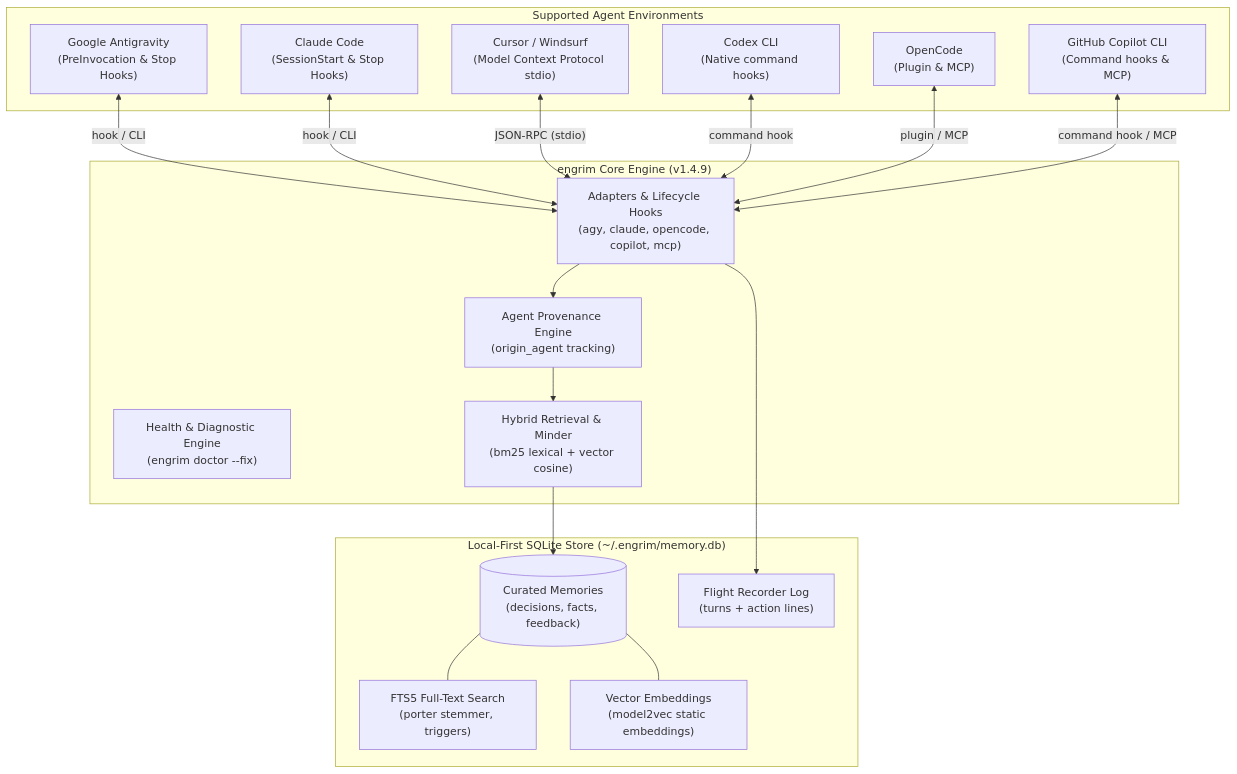
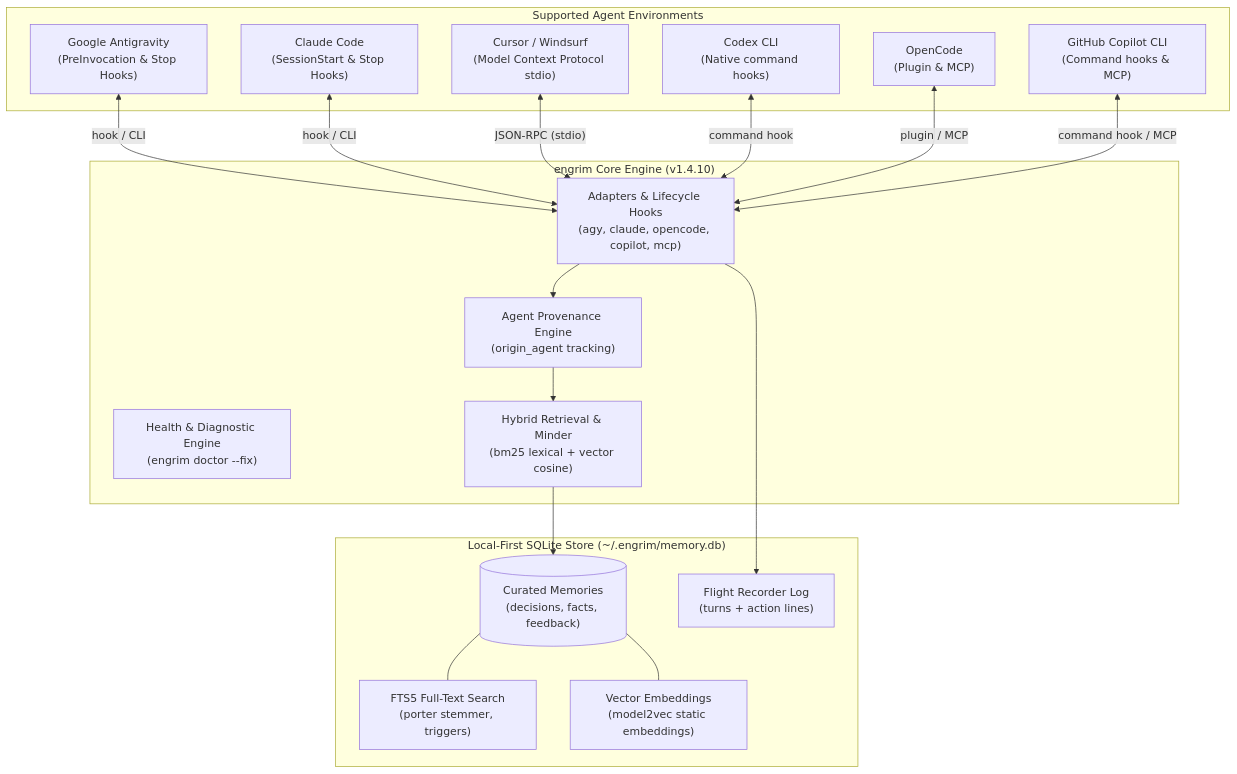
The diagram in README.md (HinchK/engrim), drawn with Mermaid before and after one commit. The commit also changed 6 other files, not shown here.

````diff
--- a/README.md
+++ b/README.md
@@ -39,38 +39,38 @@
 ```mermaid
 graph TD
     subgraph Agents ["Supported Agent Environments"]
         AGY["Google Antigravity<br/>(PreInvocation & Stop Hooks)"]
         CLAUDE["Claude Code<br/>(SessionStart & Stop Hooks)"]
         CURSOR["Cursor / Windsurf<br/>(Model Context Protocol stdio)"]
         CODEX["Codex CLI<br/>(Native command hooks)"]
         OPENCODE["OpenCode<br/>(Plugin & MCP)"]
         COPILOT["GitHub Copilot CLI<br/>(Command hooks & MCP)"]
     end
 
-    subgraph CoreEngine ["engrim Core Engine (v1.4.9)"]
+    subgraph CoreEngine ["engrim Core Engine (v1.4.10)"]
         ADAPTERS["Adapters & Lifecycle Hooks<br/>(agy, claude, opencode, copilot, mcp)"]
         DOCTOR["Health & Diagnostic Engine<br/>(engrim doctor --fix)"]
         PROVENANCE["Agent Provenance Engine<br/>(origin_agent tracking)"]
         ROUTER["Hybrid Retrieval & Minder<br/>(bm25 lexical + vector cosine)"]
     end
 
     subgraph Storage ["Local-First SQLite Store (~/.engrim/memory.db)"]
         MEMORIES[("Curated Memories<br/>(decisions, facts, feedback)")]
         FTS5["FTS5 Full-Text Search<br/>(porter stemmer, triggers)"]
         VEC["Vector Embeddings<br/>(model2vec static embeddings)"]
         LOG["Flight Recorder Log<br/>(turns + action lines)"]
     end
 
     AGY <-->|"hook / CLI"| ADAPTERS
     CLAUDE <-->|"hook / CLI"| ADAPTERS
     CURSOR <-->|"JSON-RPC (stdio)"| ADAPTERS
     CODEX <-->|"command hook"| ADAPTERS
     OPENCODE <-->|"plugin / MCP"| ADAPTERS
     COPILOT <-->|"command hook / MCP"| ADAPTERS
     ADAPTERS --> PROVENANCE
     PROVENANCE --> ROUTER
     ROUTER --> MEMORIES
     MEMORIES --- FTS5
     MEMORIES --- VEC
     ADAPTERS --> LOG
 ```
````
